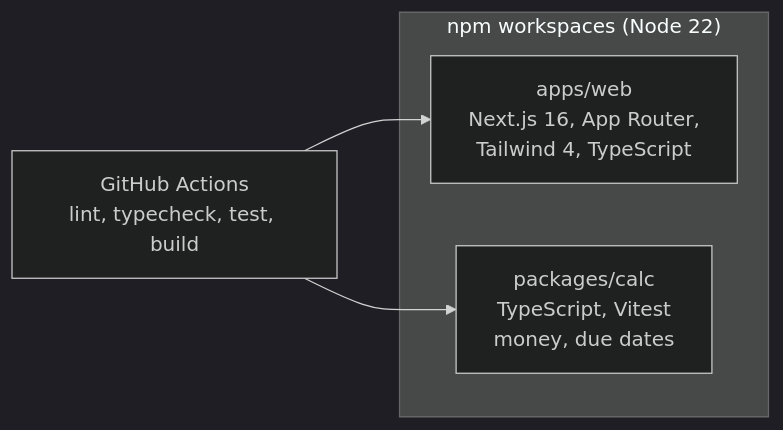
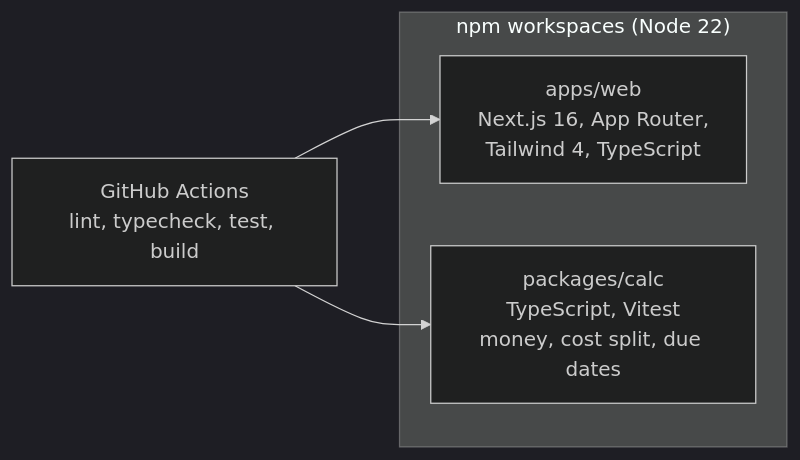
One commit to heynewton/newton changed the second of 5 diagrams in docs/architecture.md. Above: the diagram before and after it, drawn with Mermaid (dark theme). The commit also changed other lines of this file and 4 other files, not shown here.

First line of the commit message:
Co-owners see exactly who owes what: cost split in calc (#39)

````diff
--- a/docs/architecture.md
+++ b/docs/architecture.md
@@ -89,10 +89,10 @@
 ```mermaid
 flowchart LR
   subgraph Repo["npm workspaces (Node 22)"]
     Web["apps/web<br/>Next.js 16, App Router,<br/>Tailwind 4, TypeScript"]
-    Calc["packages/calc<br/>TypeScript, Vitest<br/>money, due dates"]
+    Calc["packages/calc<br/>TypeScript, Vitest<br/>money, cost split, due dates"]
   end
   CI["GitHub Actions<br/>lint, typecheck, test, build"]
   CI --> Web
   CI --> Calc
 ```
````
